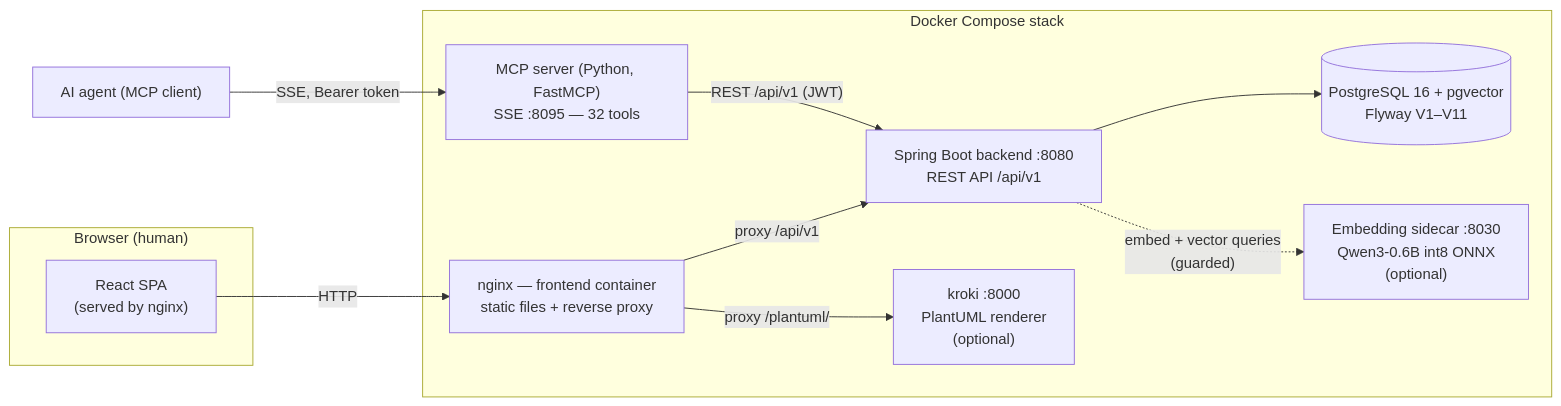
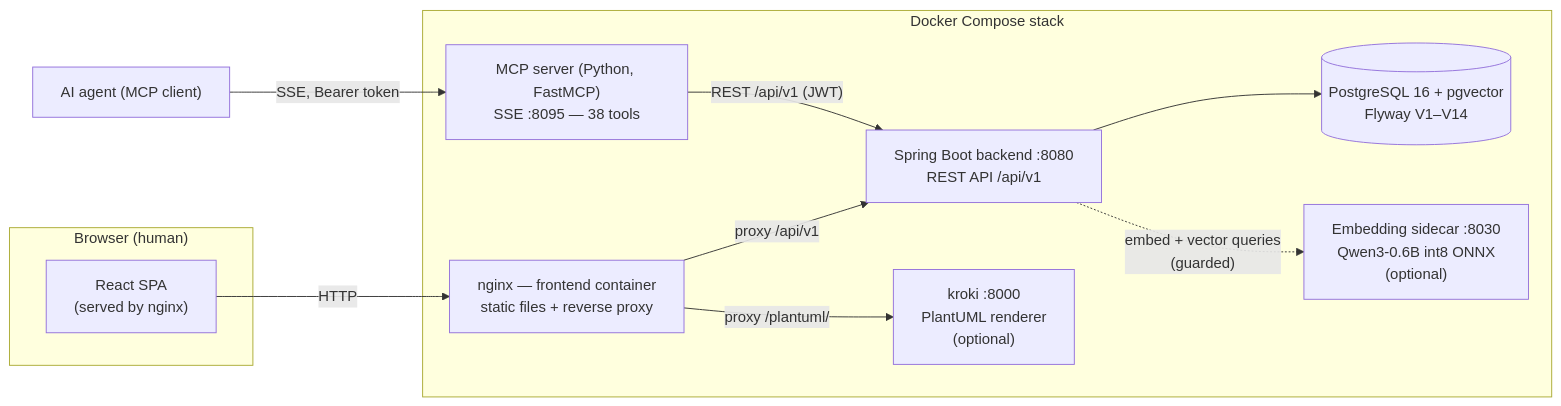
One commit to KEEPEE/wiki4ai changed the first of 3 diagrams in backend/src/main/resources/seed/docs/03-architecture-overview.md. Above: the diagram before and after it, drawn with Mermaid. The commit also changed other lines of this file and 11 other files, not shown here.

````diff
--- a/backend/src/main/resources/seed/docs/03-architecture-overview.md
+++ b/backend/src/main/resources/seed/docs/03-architecture-overview.md
@@ -16,25 +16,25 @@
 ```mermaid
 flowchart LR
     subgraph Client["Browser (human)"]
         UI["React SPA<br/>(served by nginx)"]
     end
 
     subgraph Stack["Docker Compose stack"]
         NG["nginx — frontend container<br/>static files + reverse proxy"]
         BE["Spring Boot backend :8080<br/>REST API /api/v1"]
-        DB[("PostgreSQL 16 + pgvector<br/>Flyway V1–V11")]
+        DB[("PostgreSQL 16 + pgvector<br/>Flyway V1–V14")]
         EMB["Embedding sidecar :8030<br/>Qwen3-0.6B int8 ONNX<br/>(optional)"]
         KR["kroki :8000<br/>PlantUML renderer<br/>(optional)"]
-        MCPS["MCP server (Python, FastMCP)<br/>SSE :8095 — 32 tools"]
+        MCPS["MCP server (Python, FastMCP)<br/>SSE :8095 — 38 tools"]
     end
 
     AGENT["AI agent (MCP client)"]
 
     UI -->|HTTP| NG
     NG -->|"proxy /api/v1"| BE
     NG -->|"proxy /plantuml/"| KR
     BE --> DB
     BE -.->|"embed + vector queries<br/>(guarded)"| EMB
     AGENT -->|"SSE, Bearer token"| MCPS
     MCPS -->|"REST /api/v1 (JWT)"| BE
 ```
````
